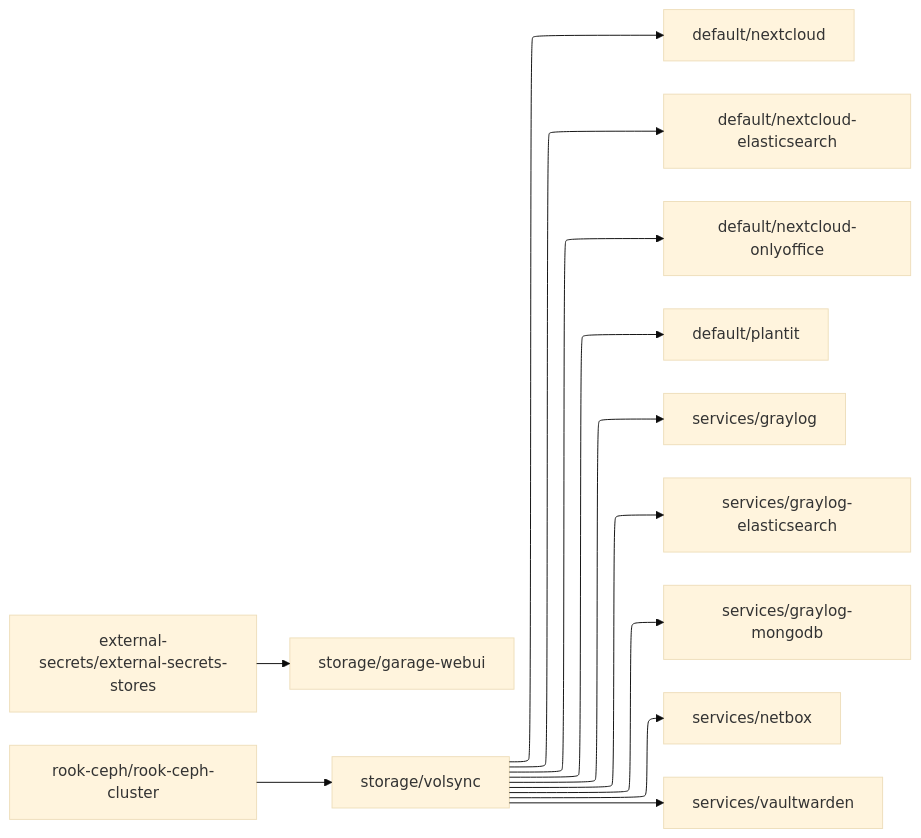
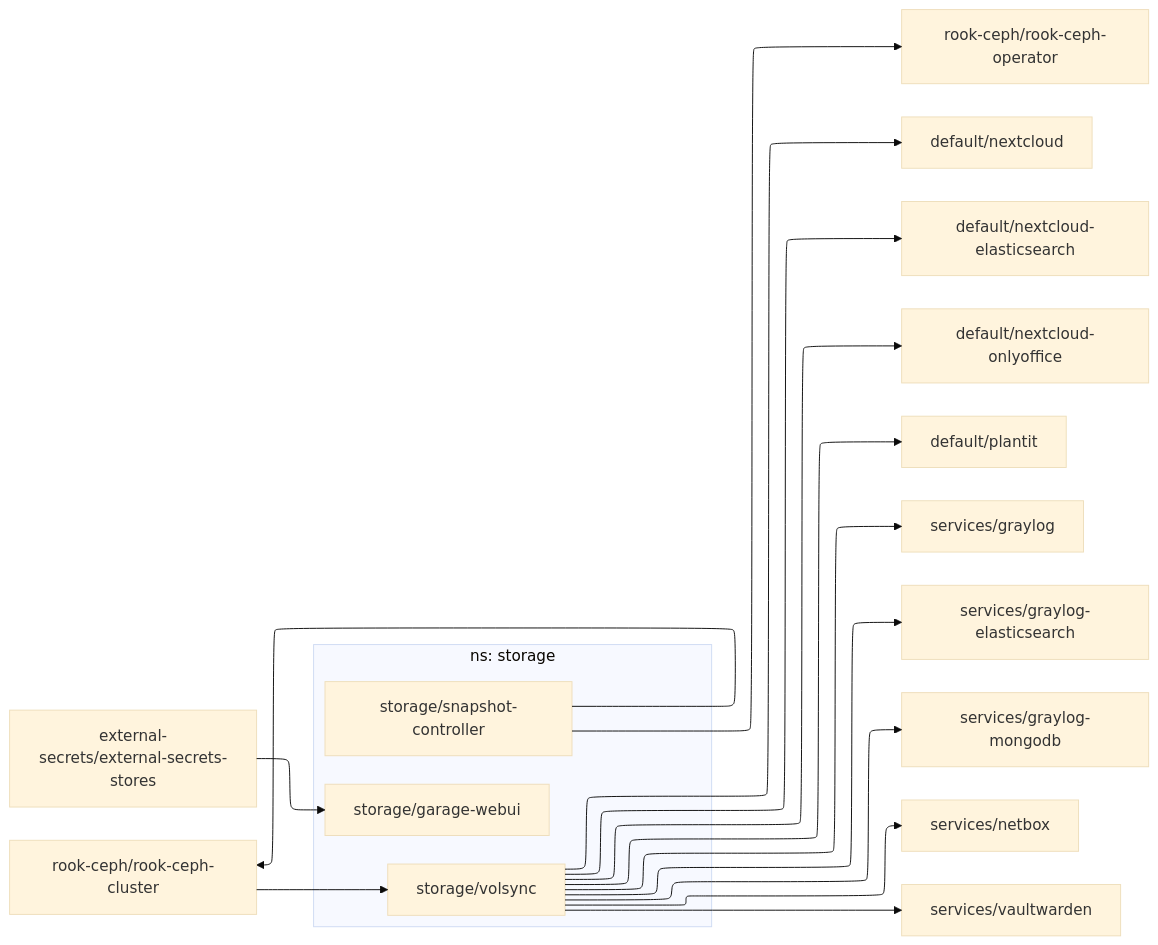
One commit to roblandry/home-ops changed the diagram in dependencies/DEPENDENCIES-storage.md. Above: the diagram before and after it, drawn with Mermaid (base theme). The commit also changed 23 other files, not shown here.

````diff
--- a/dependencies/DEPENDENCIES-storage.md
+++ b/dependencies/DEPENDENCIES-storage.md
@@ -1,19 +1,26 @@
 ```mermaid
 ---
 config:
   layout: elk
 ---
 flowchart LR
 
+  subgraph "ns: storage"
+    storage/garage-webui
+    storage/snapshot-controller
+    storage/volsync
+  end
   external-secrets/external-secrets-stores --> storage/garage-webui
   rook-ceph/rook-ceph-cluster --> storage/volsync
+  storage/snapshot-controller --> rook-ceph/rook-ceph-cluster
+  storage/snapshot-controller --> rook-ceph/rook-ceph-operator
   storage/volsync --> default/nextcloud
   storage/volsync --> default/nextcloud-elasticsearch
   storage/volsync --> default/nextcloud-onlyoffice
   storage/volsync --> default/plantit
   storage/volsync --> services/graylog
   storage/volsync --> services/graylog-elasticsearch
   storage/volsync --> services/graylog-mongodb
   storage/volsync --> services/netbox
   storage/volsync --> services/vaultwarden
 ```
````
